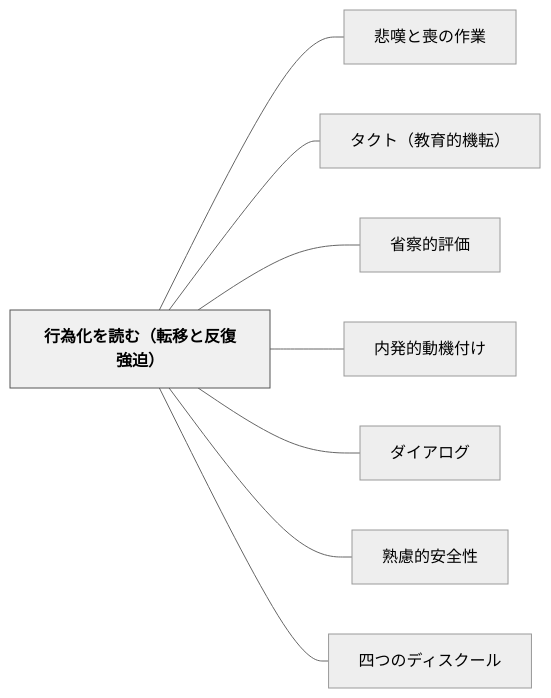
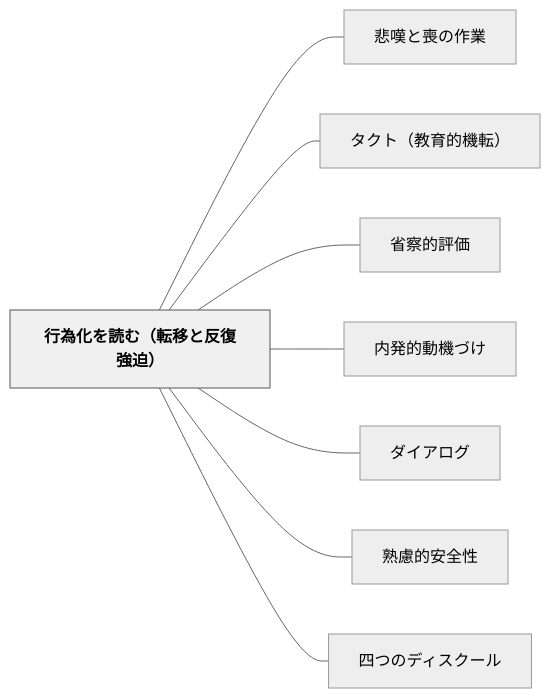
One commit to unknownthings-ed-patterns/unknownthings-ed-patterns changed the diagram in content/パタン/行為化を読む（転移と反復強迫）.md. Above: the diagram before and after it, drawn with Mermaid (neutral theme). The commit also changed other lines of this file and 234 other files, not shown here.

````diff
--- a/content/パタン/行為化を読む（転移と反復強迫）.md
+++ b/content/パタン/行為化を読む（転移と反復強迫）.md
@@ -231,22 +231,22 @@
 ```mermaid
 flowchart LR
     ne8a18ce782bae58c96e38292e8aaade38280efbc88e8bba2e7a7bbe381a8e58f8de5bea9e5bcb7e8bfabefbc89["行為化を読む（転移と反復強迫）"]
     ne682b2e59886e381a8e596aae381aee4bd9ce6a5ad["悲嘆と喪の作業"]
     ne382bfe382afe38388efbc88e69599e882b2e79a84e6a99fe8bba2efbc89["タクト（教育的機転）"]
     ne79c81e5af9fe79a84e8a995e4bea1["省察的評価"]
-    ne58685e799bae79a84e58b95e6a99fe4bb98e38191["内発的動機付け"]
+    ne58685e799bae79a84e58b95e6a99fe381a5e38191["内発的動機づけ"]
     ne38380e382a4e382a2e383ade382b0["ダイアログ"]
     ne7869fe685aee79a84e5ae89e585a8e680a7["熟慮的安全性"]
     ne59b9be381a4e381aee38387e382a3e382b9e382afe383bce383ab["四つのディスクール"]
 
     ne8a18ce782bae58c96e38292e8aaade38280efbc88e8bba2e7a7bbe381a8e58f8de5bea9e5bcb7e8bfabefbc89 --- ne682b2e59886e381a8e596aae381aee4bd9ce6a5ad
     ne8a18ce782bae58c96e38292e8aaade38280efbc88e8bba2e7a7bbe381a8e58f8de5bea9e5bcb7e8bfabefbc89 --- ne382bfe382afe38388efbc88e69599e882b2e79a84e6a99fe8bba2efbc89
     ne8a18ce782bae58c96e38292e8aaade38280efbc88e8bba2e7a7bbe381a8e58f8de5bea9e5bcb7e8bfabefbc89 --- ne79c81e5af9fe79a84e8a995e4bea1
-    ne8a18ce782bae58c96e38292e8aaade38280efbc88e8bba2e7a7bbe381a8e58f8de5bea9e5bcb7e8bfabefbc89 --- ne58685e799bae79a84e58b95e6a99fe4bb98e38191
+    ne8a18ce782bae58c96e38292e8aaade38280efbc88e8bba2e7a7bbe381a8e58f8de5bea9e5bcb7e8bfabefbc89 --- ne58685e799bae79a84e58b95e6a99fe381a5e38191
     ne8a18ce782bae58c96e38292e8aaade38280efbc88e8bba2e7a7bbe381a8e58f8de5bea9e5bcb7e8bfabefbc89 --- ne38380e382a4e382a2e383ade382b0
     ne8a18ce782bae58c96e38292e8aaade38280efbc88e8bba2e7a7bbe381a8e58f8de5bea9e5bcb7e8bfabefbc89 --- ne7869fe685aee79a84e5ae89e585a8e680a7
     ne8a18ce782bae58c96e38292e8aaade38280efbc88e8bba2e7a7bbe381a8e58f8de5bea9e5bcb7e8bfabefbc89 --- ne59b9be381a4e381aee38387e382a3e382b9e382afe383bce383ab
 
     classDef hub fill:#f0f0f0,stroke:#555,color:#000,font-weight:bold
     class ne8a18ce782bae58c96e38292e8aaade38280efbc88e8bba2e7a7bbe381a8e58f8de5bea9e5bcb7e8bfabefbc89 hub
 ```
````
